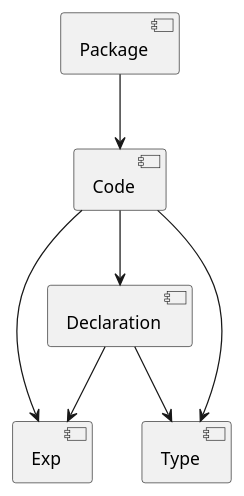
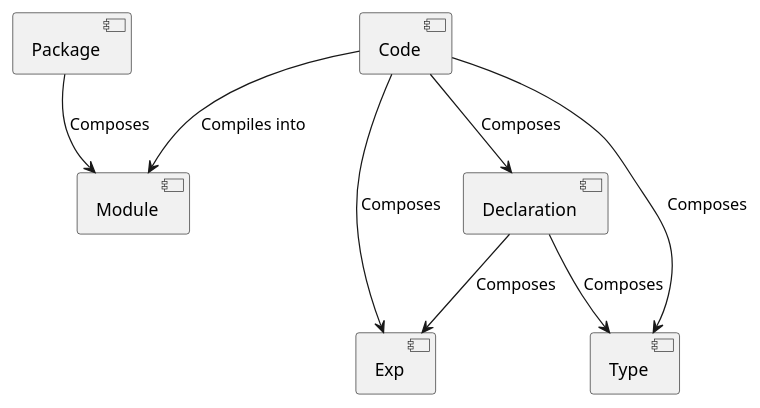
One commit to nikita-volkov/codegen-kit changed the diagram in architecture/haskell.puml. Above: the diagram before and after it, drawn with PlantUML.

Commit message:
Update arch sketch

```diff
--- a/architecture/haskell.puml
+++ b/architecture/haskell.puml
@@ -1,14 +1,16 @@
 
 
 component Package
 component Code
 component Exp
 component Type
 component Declaration
+component Module
 
-Package --> Code
-Code --> Exp
-Code --> Type
-Code --> Declaration
-Declaration --> Exp
-Declaration --> Type
+Package --> Module : Composes
+Code --> Module : Compiles into
+Code --> Exp : Composes
+Code --> Type : Composes
+Code --> Declaration : Composes
+Declaration --> Exp : Composes
+Declaration --> Type : Composes
```
